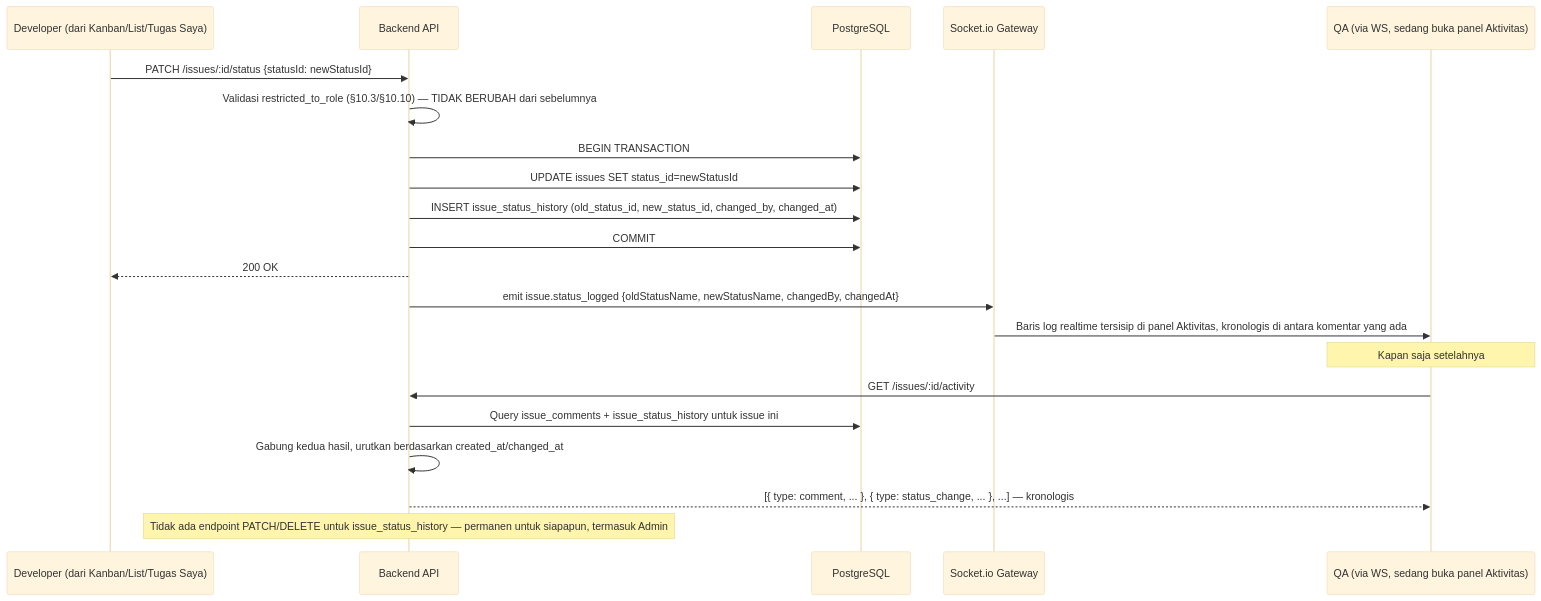
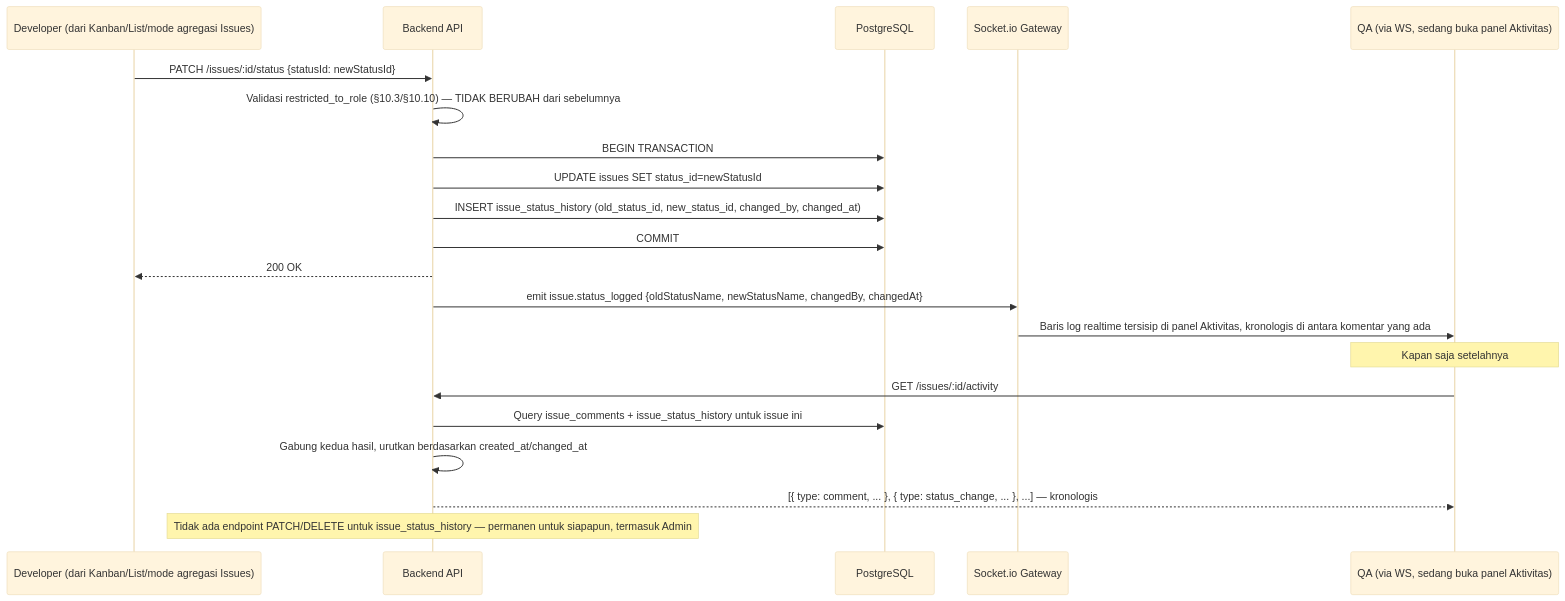
One commit to itshazlan/trackflow changed diagram 24 of 27 in SDD_Lean_Internal.md. Above: the diagram before and after it, drawn with Mermaid (base theme). The commit also changed other lines of this file and 2 other files, not shown here.

Commit message:
refactor: integrate "Tugas Saya" into Issues as cross-project aggregation mode and implement inline project selection for sidebar menus

````diff
--- a/SDD_Lean_Internal.md
+++ b/SDD_Lean_Internal.md
@@ -1366,26 +1404,26 @@
 ```mermaid
 sequenceDiagram
-    participant Dev as Developer (dari Kanban/List/Tugas Saya)
+    participant Dev as Developer (dari Kanban/List/mode agregasi Issues)
     participant A as Backend API
     participant PG as PostgreSQL
     participant WS as Socket.io Gateway
     participant QA as QA (via WS, sedang buka panel Aktivitas)
 
     Dev->>A: PATCH /issues/:id/status {statusId: newStatusId}
     A->>A: Validasi restricted_to_role (§10.3/§10.10) — TIDAK BERUBAH dari sebelumnya
     A->>PG: BEGIN TRANSACTION
     A->>PG: UPDATE issues SET status_id=newStatusId
     A->>PG: INSERT issue_status_history (old_status_id, new_status_id, changed_by, changed_at)
     A->>PG: COMMIT
     A-->>Dev: 200 OK
     A->>WS: emit issue.status_logged {oldStatusName, newStatusName, changedBy, changedAt}
     WS->>QA: Baris log realtime tersisip di panel Aktivitas, kronologis di antara komentar yang ada
 
     Note over QA: Kapan saja setelahnya
     QA->>A: GET /issues/:id/activity
     A->>PG: Query issue_comments + issue_status_history untuk issue ini
     A->>A: Gabung kedua hasil, urutkan berdasarkan created_at/changed_at
     A-->>QA: [{ type: comment, ... }, { type: status_change, ... }, ...] — kronologis
 
     Note over A: Tidak ada endpoint PATCH/DELETE untuk issue_status_history — permanen untuk siapapun, termasuk Admin
 ```
````
